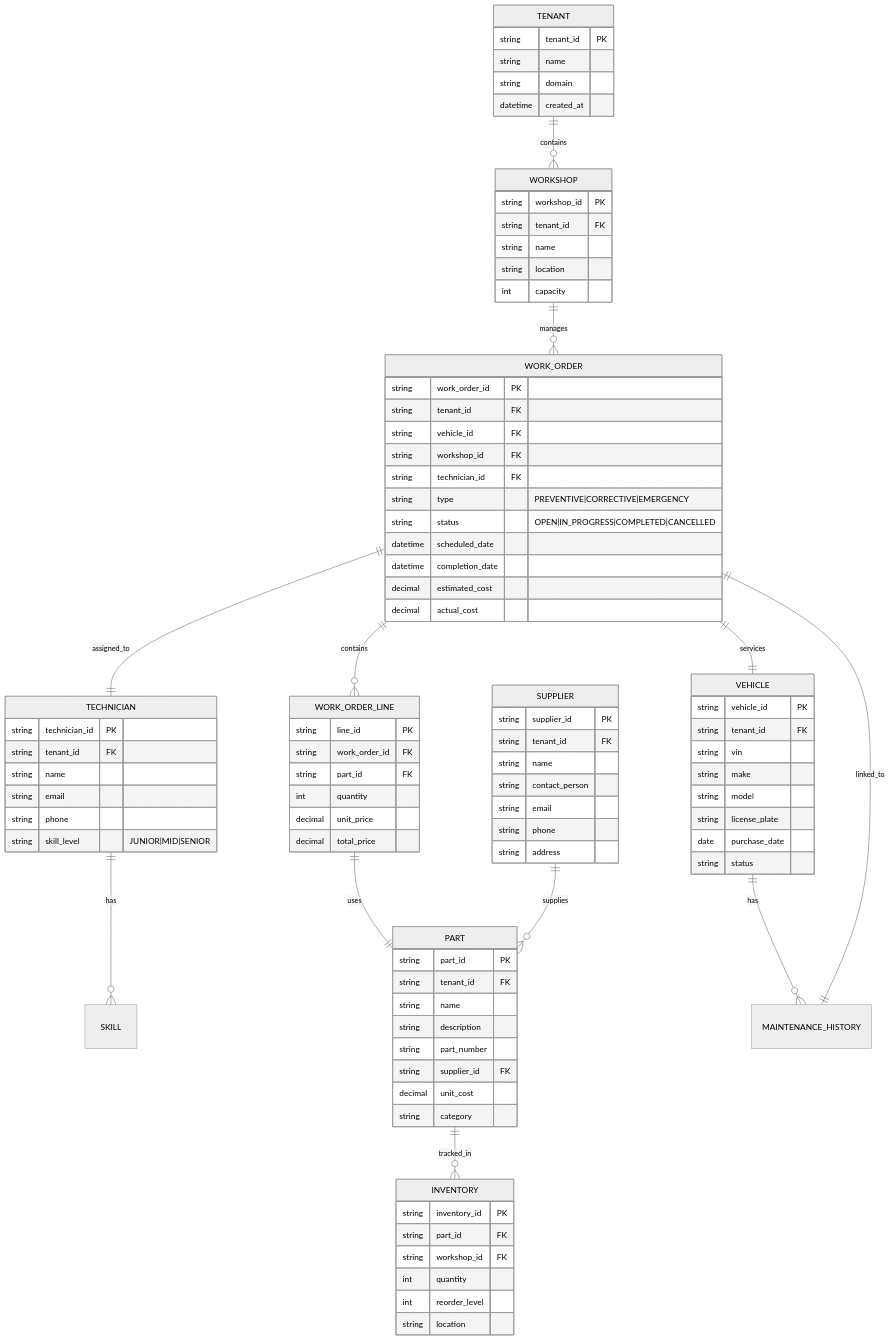
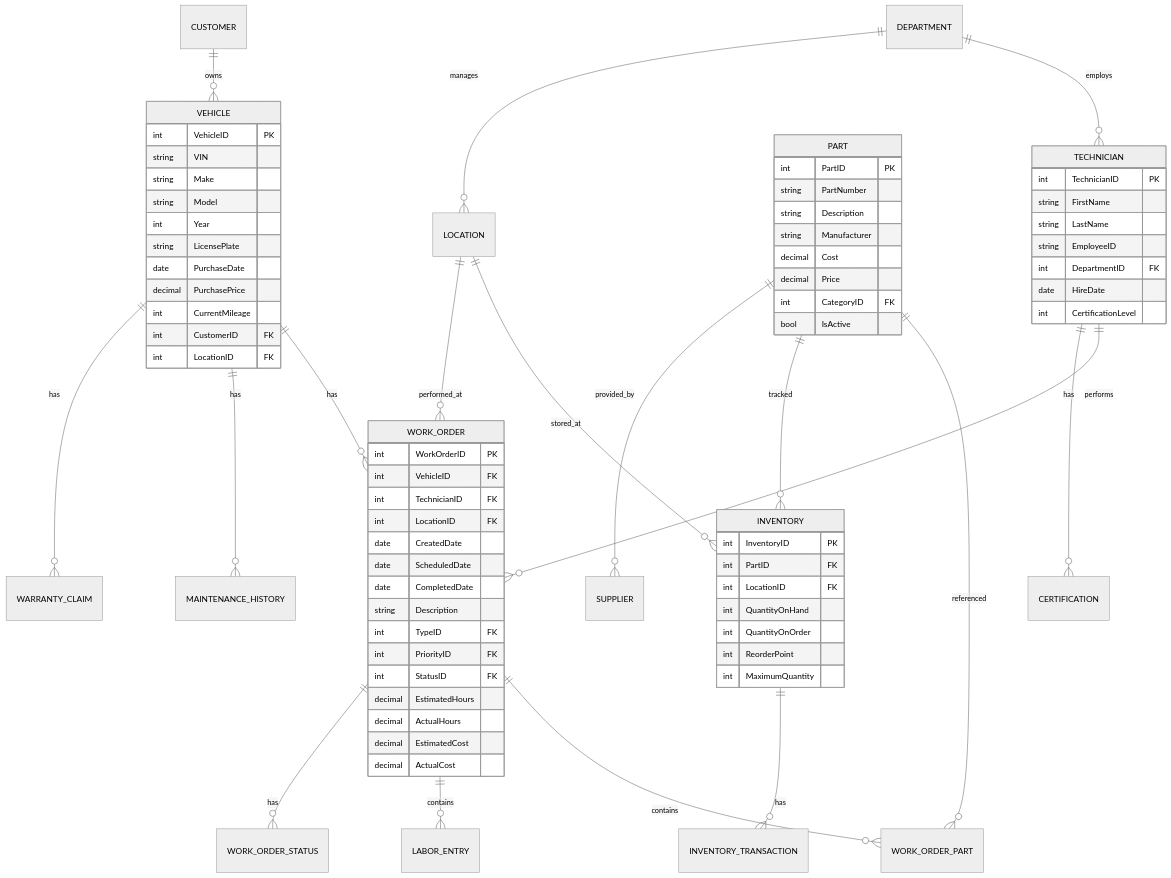
One commit to asmortongpt/Fleet-AzureDevOps changed the third of 10 diagrams in enhancements/garage-workshop/AS_IS_ANALYSIS.md. Above: the diagram before and after it, drawn with Mermaid (neutral theme). The commit also changed other lines of this file and 58 other files, not shown here.

````diff
--- a/enhancements/garage-workshop/AS_IS_ANALYSIS.md
+++ b/enhancements/garage-workshop/AS_IS_ANALYSIS.md
@@ -86,102 +921,83 @@
 ```mermaid
 erDiagram
-    TENANT ||--o{ WORKSHOP : contains
-    WORKSHOP ||--o{ WORK_ORDER : manages
-    WORK_ORDER ||--o{ WORK_ORDER_LINE : contains
-    WORK_ORDER ||--|| VEHICLE : services
-    WORK_ORDER ||--|| TECHNICIAN : assigned_to
-    TECHNICIAN ||--o{ SKILL : has
-    WORK_ORDER_LINE ||--|| PART : uses
-    PART ||--o{ INVENTORY : tracked_in
-    SUPPLIER ||--o{ PART : supplies
+    VEHICLE ||--o{ WORK_ORDER : has
     VEHICLE ||--o{ MAINTENANCE_HISTORY : has
-    MAINTENANCE_HISTORY ||--|| WORK_ORDER : linked_to
-
-    TENANT {
-        string tenant_id PK
-        string name
-        string domain
-        datetime created_at
-    }
-
-    WORKSHOP {
-        string workshop_id PK
-        string tenant_id FK
-        string name
-        string location
-        int capacity
-    }
+    VEHICLE ||--o{ WARRANTY_CLAIM : has
+    TECHNICIAN ||--o{ WORK_ORDER : performs
+    TECHNICIAN ||--o{ CERTIFICATION : has
+    WORK_ORDER ||--o{ WORK_ORDER_PART : contains
+    WORK_ORDER ||--o{ LABOR_ENTRY : contains
+    WORK_ORDER ||--o{ WORK_ORDER_STATUS : has
+    PART ||--o{ WORK_ORDER_PART : referenced
+    PART ||--o{ INVENTORY : tracked
+    PART ||--o{ SUPPLIER : provided_by
+    INVENTORY ||--o{ INVENTORY_TRANSACTION : has
+    LOCATION ||--o{ INVENTORY : stored_at
+    LOCATION ||--o{ WORK_ORDER : performed_at
+    CUSTOMER ||--o{ VEHICLE : owns
+    DEPARTMENT ||--o{ TECHNICIAN : employs
+    DEPARTMENT ||--o{ LOCATION : manages
 
     VEHICLE {
-        string vehicle_id PK
-        string tenant_id FK
-        string vin
-        string make
-        string model
-        string license_plate
-        date purchase_date
-        string status
+        int VehicleID PK
+        string VIN
+        string Make
+        string Model
+        int Year
+        string LicensePlate
+        date PurchaseDate
+        decimal PurchasePrice
+        int CurrentMileage
+        int CustomerID FK
+        int LocationID FK
     }
 
     WORK_ORDER {
-        string work_order_id PK
-        string tenant_id FK
-        string vehicle_id FK
-        string workshop_id FK
-        string technician_id FK
-        string type "PREVENTIVE|CORRECTIVE|EMERGENCY"
-        string status "OPEN|IN_PROGRESS|COMPLETED|CANCELLED"
-        datetime scheduled_date
-        datetime completion_date
-        decimal estimated_cost
-        decimal actual_cost
-    }
-
-    WORK_ORDER_LINE {
-        string line_id PK
-        string work_order_id FK
-        string part_id FK
-        int quantity
-        decimal unit_price
-        decimal total_price
+        int WorkOrderID PK
+        int VehicleID FK
+        int TechnicianID FK
+        int LocationID FK
+        date CreatedDate
+        date ScheduledDate
+        date CompletedDate
+        string Description
+        int TypeID FK
+        int PriorityID FK
+        int StatusID FK
+        decimal EstimatedHours
+        decimal ActualHours
+        decimal EstimatedCost
+        decimal ActualCost
     }
 
     TECHNICIAN {
-        string technician_id PK
-        string tenant_id FK
-        string name
-        string email
-        string phone
-        string skill_level "JUNIOR|MID|SENIOR"
+        int TechnicianID PK
+        string FirstName
+        string LastName
+        string EmployeeID
+        int DepartmentID FK
+        date HireDate
+        int CertificationLevel
     }
 
     PART {
-        string part_id PK
-        string tenant_id FK
-        string name
-        string description
-        string part_number
-        string supplier_id FK
-        decimal unit_cost
-        string category
+        int PartID PK
+        string PartNumber
+        string Description
+        string Manufacturer
+        decimal Cost
+        decimal Price
+        int CategoryID FK
+        bool IsActive
     }
 
     INVENTORY {
-        string inventory_id PK
-        string part_id FK
-        string workshop_id FK
-        int quantity
-        int reorder_level
-        string location
-    }
-
-    SUPPLIER {
-        string supplier_id PK
-        string tenant_id FK
-        string name
-        string contact_person
-        string email
-        string phone
-        string address
+        int InventoryID PK
+        int PartID FK
+        int LocationID FK
+        int QuantityOnHand
+        int QuantityOnOrder
+        int ReorderPoint
+        int MaximumQuantity
     }
 ```
````
